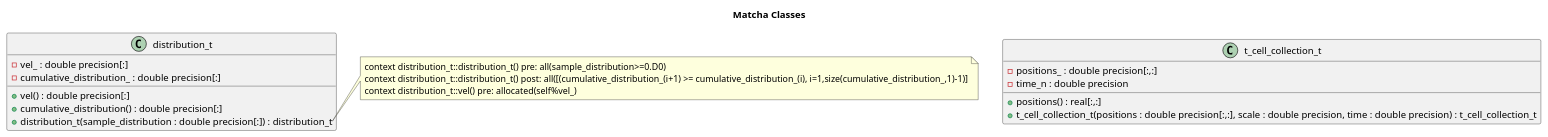
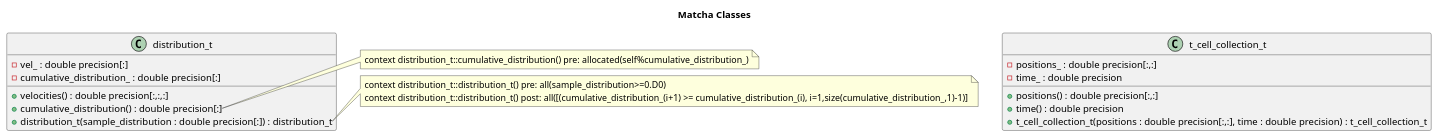
The diagram in doc/class-diagram.puml (BerkeleyLab/matcha), drawn with PlantUML before and after one commit.

Commit message:
fix(class_diagram): update diagram

```diff
--- a/doc/class-diagram.puml
+++ b/doc/class-diagram.puml
@@ -1,25 +1,30 @@
 @startuml
 
 Title "Matcha Classes"
 
 class t_cell_collection_t{
   - positions_ : double precision[:,:]
-  - time_n : double precision
-  + positions() : real[:,:]
-  + t_cell_collection_t(positions : double precision[:,:], scale : double precision, time : double precision) : t_cell_collection_t
+  - time_ : double precision
+  + positions() : double precision[:,:]
+  + time() : double precision
+  + t_cell_collection_t(positions : double precision[:,:], time : double precision) : t_cell_collection_t
 }
 
 class distribution_t{
   - vel_ : double precision[:]
   - cumulative_distribution_ : double precision[:]
-  + vel() : double precision[:]
+  + velocities() : double precision[:,:,:]
   + cumulative_distribution() : double precision[:]
   + distribution_t(sample_distribution : double precision[:]) : distribution_t
 }
+
+note right of distribution_t::cumulative_distribution()
+  context distribution_t::cumulative_distribution() pre: allocated(self%cumulative_distribution_)
+end note
+
 note right of distribution_t::distribution_t
   context distribution_t::distribution_t() pre: all(sample_distribution>=0.D0)
   context distribution_t::distribution_t() post: all([(cumulative_distribution_(i+1) >= cumulative_distribution_(i), i=1,size(cumulative_distribution_,1)-1)]
-  context distribution_t::vel() pre: allocated(self%vel_)
 end note
 
 @enduml
```
